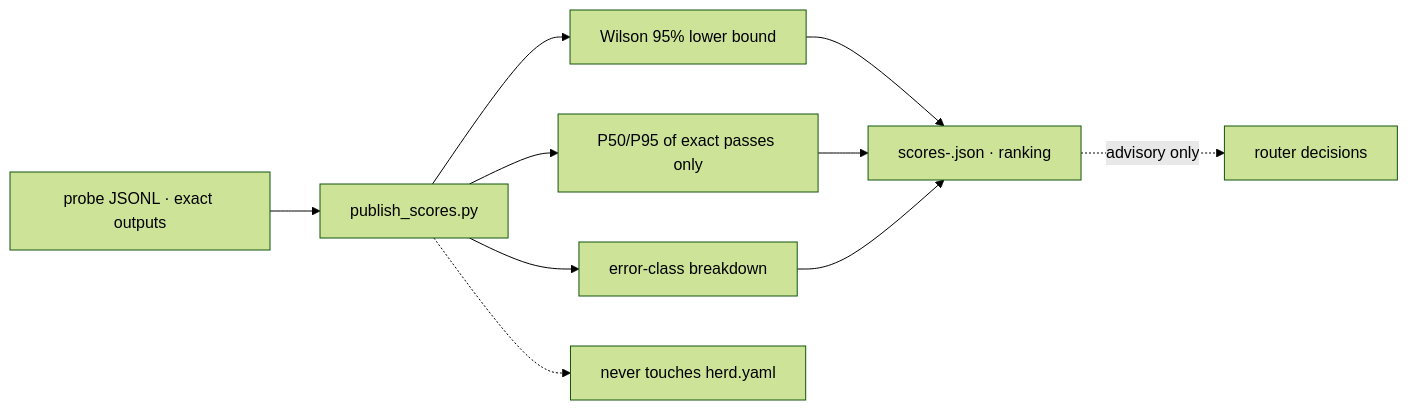
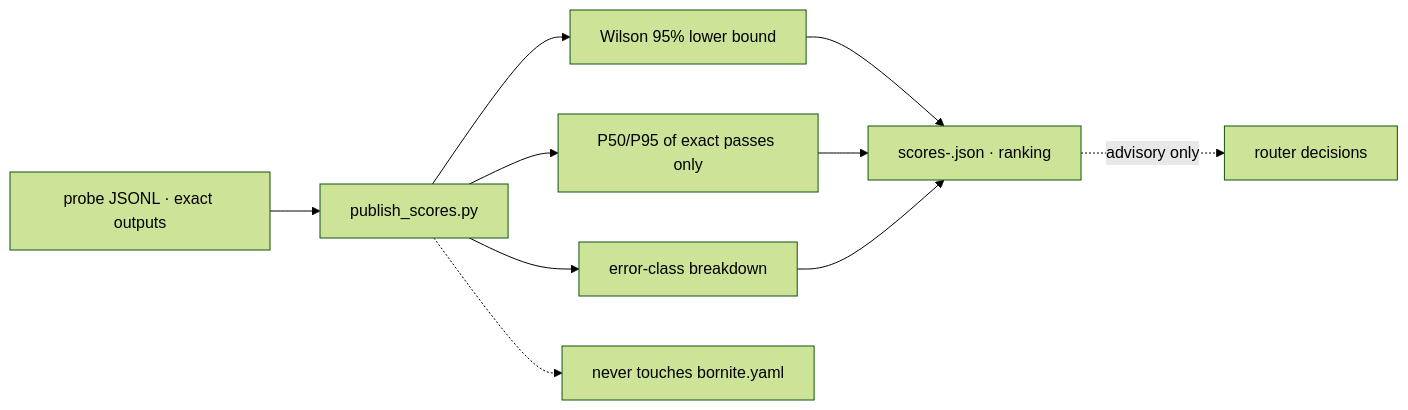
One commit to toxicwind/estate changed the diagram in tools/routing-score/README.md. Above: the diagram before and after it, drawn with Mermaid (forest theme). The commit also changed other lines of this file and 416 other files, not shown here.

Commit message:
geode rename: cuttinggate->chalcopyrite, herd->bornite, hodos->rhodochrosite, pinax->mimetite

````diff
--- a/tools/routing-score/README.md
+++ b/tools/routing-score/README.md
@@ -19,11 +19,11 @@
 ```mermaid
 flowchart LR
     probe[probe JSONL · exact outputs] --> pub[publish_scores.py]
     pub --> wilson[Wilson 95% lower bound]
     pub --> lat[P50/P95 of exact passes only]
     pub --> err[error-class breakdown]
     wilson & lat & err --> score[scores-<ts>.json · ranking]
     score -.->|advisory only| router[router decisions]
-    note[never touches herd.yaml]
+    note[never touches bornite.yaml]
     pub -.-> note
 ```
````
